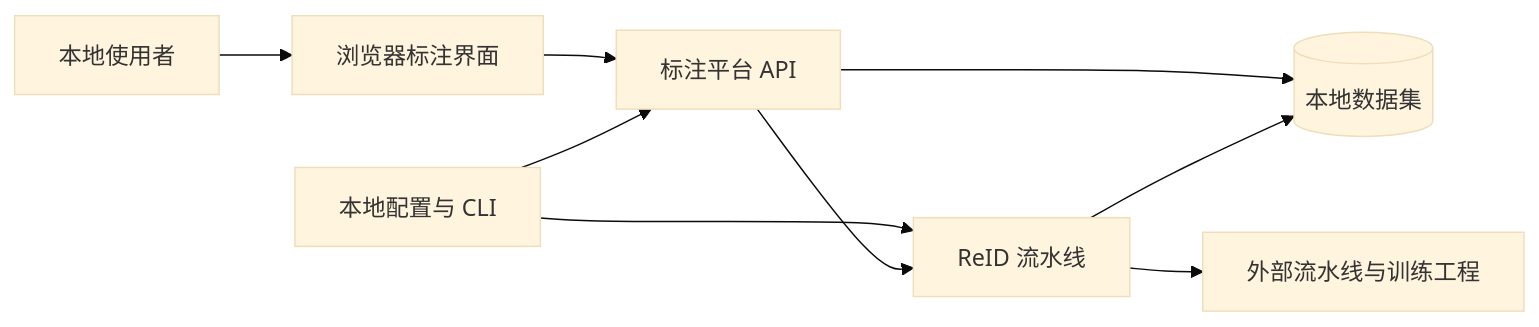
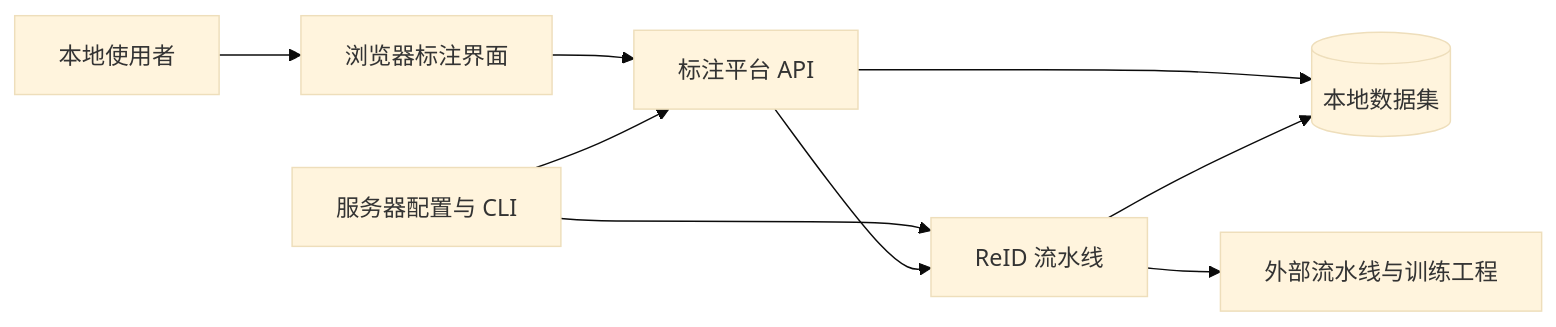
Before and after one commit to seagochen/annotation-toolkits: the diagram in docs/overall_design/00_概述.md, drawn with Mermaid (base theme). The commit also changed other lines of this file and 14 other files, not shown here.

````diff
--- a/docs/overall_design/00_概述.md
+++ b/docs/overall_design/00_概述.md
@@ -33,11 +34,11 @@
 ```mermaid
 flowchart LR
     User[本地使用者] --> Browser[浏览器标注界面]
     Browser --> Platform[标注平台 API]
-    Operator[本地配置与 CLI] --> Platform
+    Operator[服务器配置与 CLI] --> Platform
     Operator --> ReID[ReID 流水线]
     Platform --> ReID
     Platform --> Files[(本地数据集)]
     ReID --> Files
     ReID --> External[外部流水线与训练工程]
 ```
````
